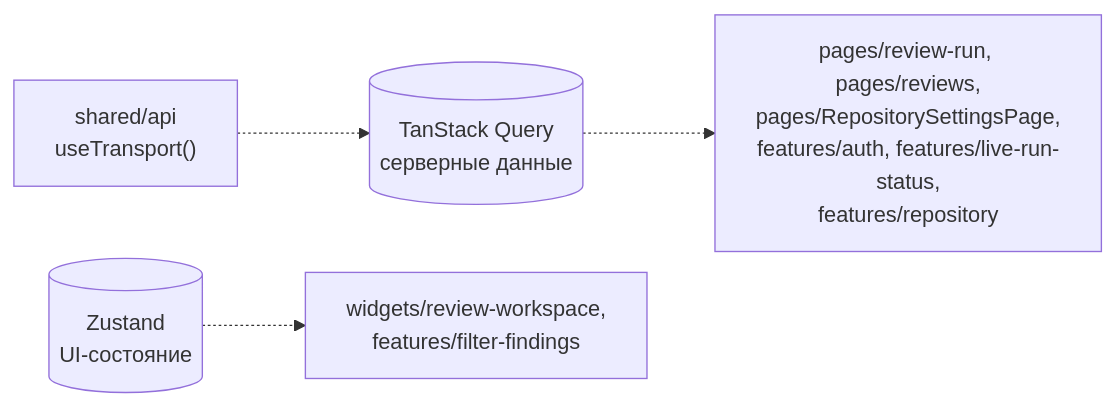
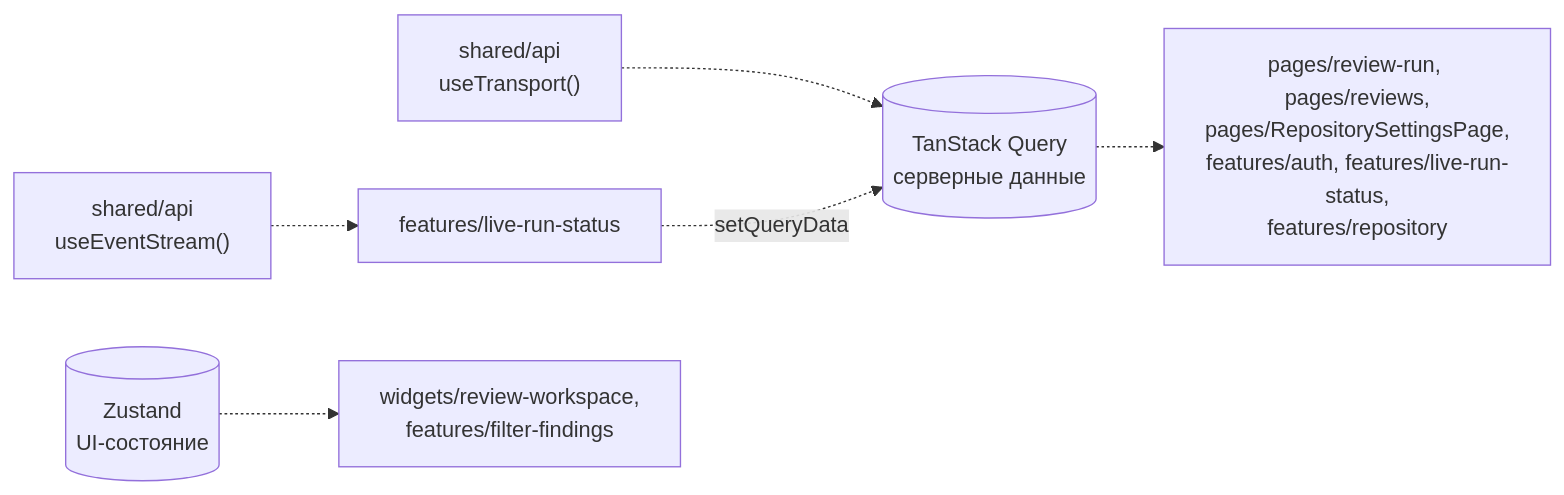
The second of 2 diagrams in FRONTEND_ARCHITECTURE.md (larchanka-training/dmc-268-ui-t1), drawn with Mermaid before and after one commit. The commit also changed other lines of this file, not shown here.

First line of the commit message:
docs: правки по ревью схемы слоёв (#108)

````diff
--- a/FRONTEND_ARCHITECTURE.md
+++ b/FRONTEND_ARCHITECTURE.md
@@ -198,6 +190,8 @@
 ```mermaid
 flowchart LR
     s_api["shared/api<br/>useTransport()"] -.-> tq[("TanStack Query<br/>серверные данные")]
+    s_es["shared/api<br/>useEventStream()"] -.-> f_live["features/live-run-status"]
+    f_live -. setQueryData .-> tq
     tq -.-> q_owners["pages/review-run, pages/reviews,<br/>pages/RepositorySettingsPage,<br/>features/auth, features/live-run-status,<br/>features/repository"]
     zs[("Zustand<br/>UI-состояние")] -.-> z_owners["widgets/review-workspace,<br/>features/filter-findings"]
 ```
````
